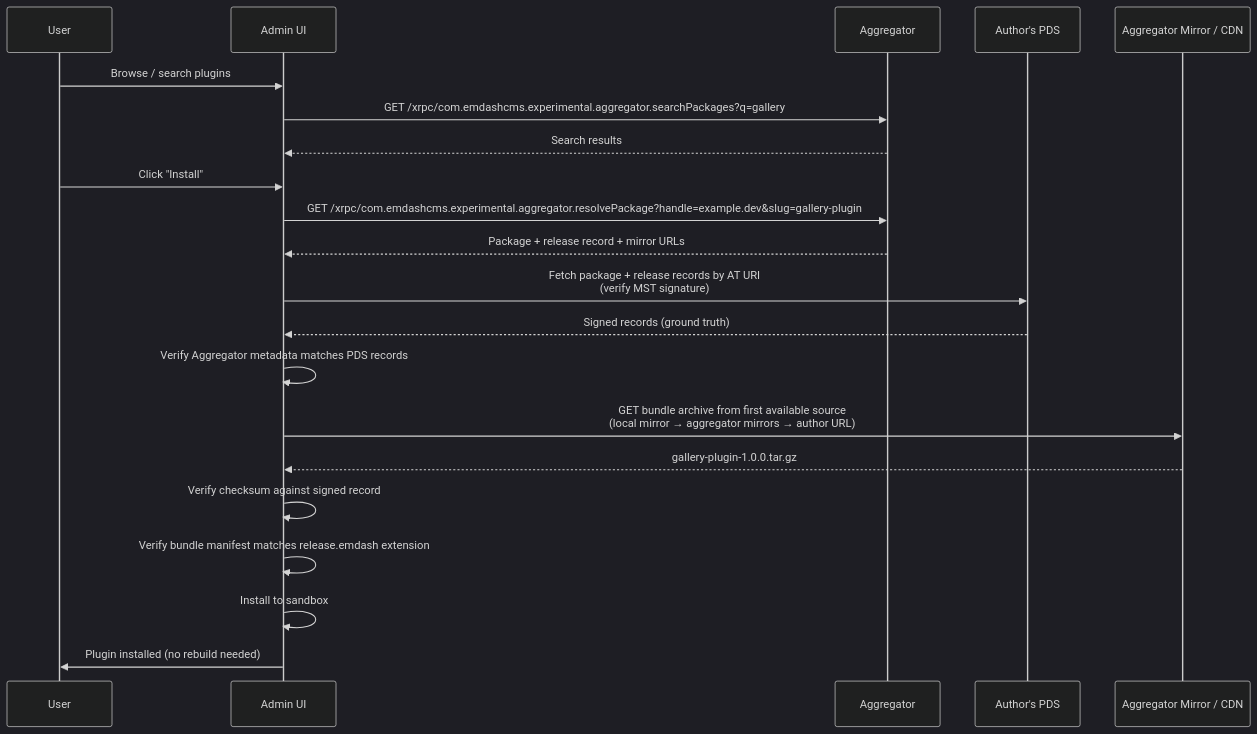
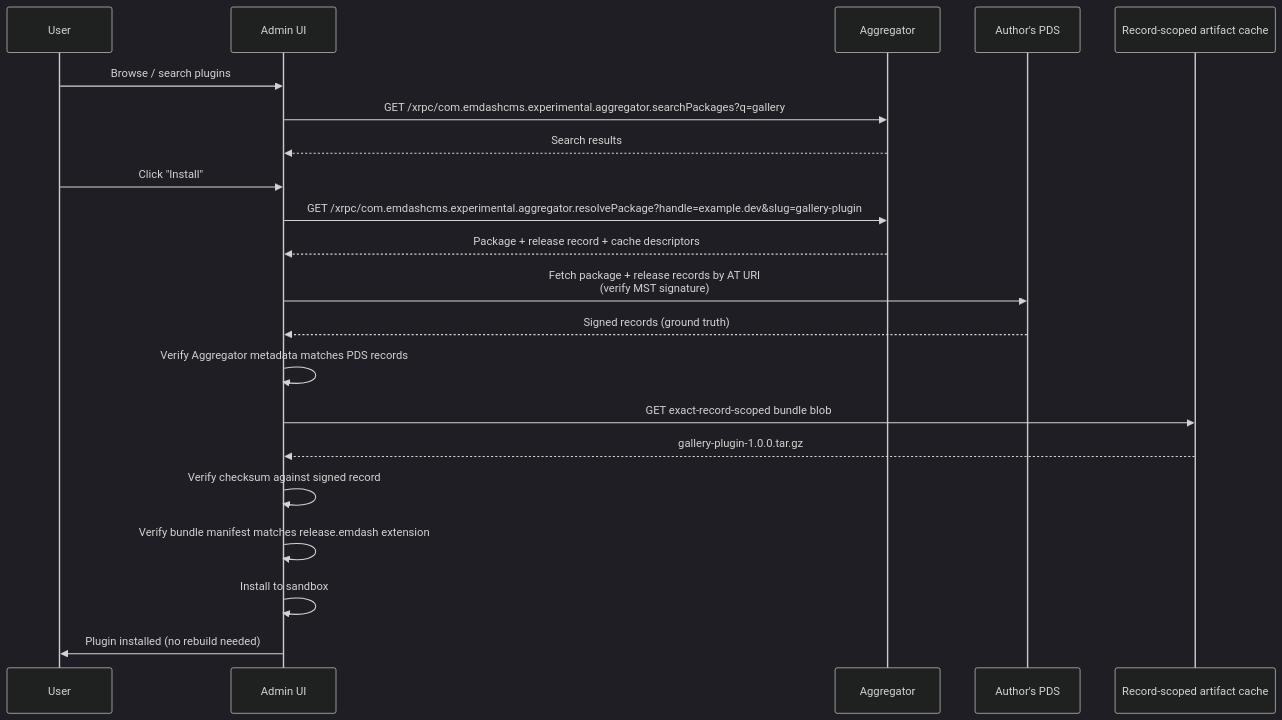
One commit to 601444279/emdash changed the second of 3 diagrams in rfcs/0001-plugin-registry.md. Above: the diagram before and after it, drawn with Mermaid (dark theme). The commit also changed other lines of this file, not shown here.

Commit message:
docs(rfc): bind artifact caches to exact records

````diff
--- a/rfcs/0001-plugin-registry.md
+++ b/rfcs/0001-plugin-registry.md
@@ -509,24 +509,24 @@
 ```mermaid
 sequenceDiagram
     participant User
     participant Admin as Admin UI
     participant Aggregator
     participant PDS as Author's PDS
-    participant Mirror as Aggregator Mirror / CDN
+    participant Cumulus as Record-scoped artifact cache
 
     User->>Admin: Browse / search plugins
     Admin->>Aggregator: GET /xrpc/com.emdashcms.experimental.aggregator.searchPackages?q=gallery
     Aggregator-->>Admin: Search results
     User->>Admin: Click "Install"
     Admin->>Aggregator: GET /xrpc/com.emdashcms.experimental.aggregator.resolvePackage?handle=example.dev&slug=gallery-plugin
-    Aggregator-->>Admin: Package + release record + mirror URLs
+    Aggregator-->>Admin: Package + release record + cache descriptors
     Admin->>PDS: Fetch package + release records by AT URI<br/>(verify MST signature)
     PDS-->>Admin: Signed records (ground truth)
     Admin->>Admin: Verify Aggregator metadata matches PDS records
-    Admin->>Mirror: GET bundle archive from first available source<br/>(local mirror → aggregator mirrors → author URL)
-    Mirror-->>Admin: gallery-plugin-1.0.0.tar.gz
+    Admin->>Cumulus: GET exact-record-scoped bundle blob
+    Cumulus-->>Admin: gallery-plugin-1.0.0.tar.gz
     Admin->>Admin: Verify checksum against signed record
     Admin->>Admin: Verify bundle manifest matches release.emdash extension
     Admin->>Admin: Install to sandbox
     Admin->>User: Plugin installed (no rebuild needed)
 ```
````
